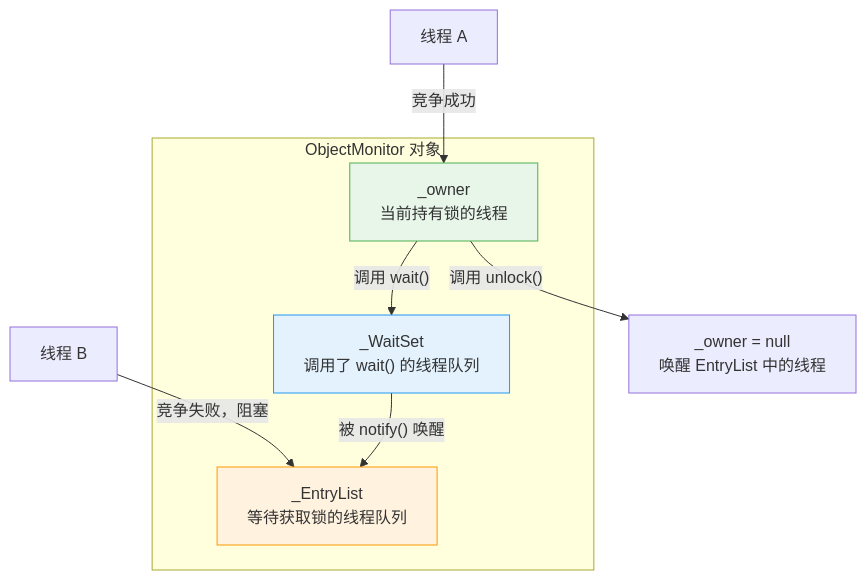
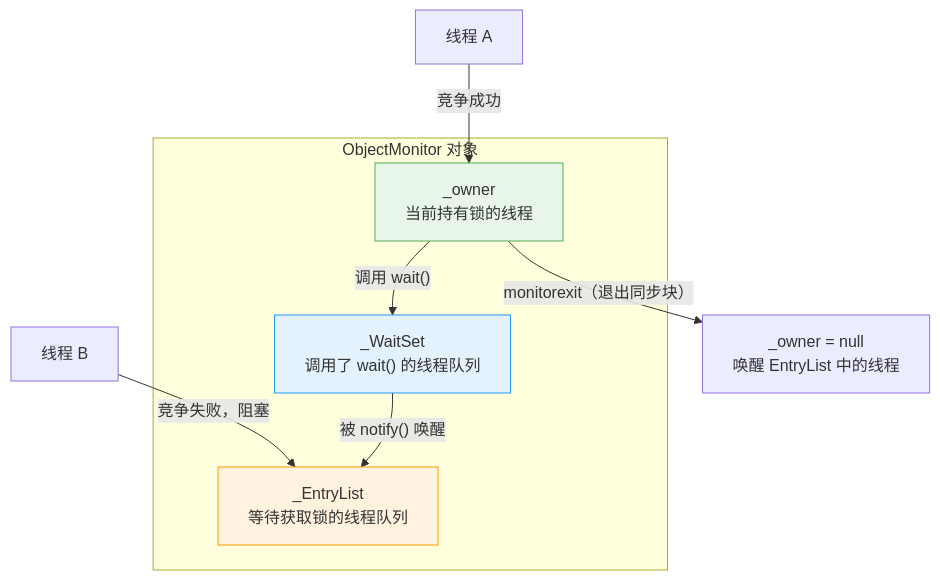
The fifth of 12 diagrams in Java基础/Java-Lock-Mechanism-Notes.md (AHUCodingBeast/blogs), drawn with Mermaid before and after one commit. The commit also changed other lines of this file and 7 other files, not shown here.

````diff
--- a/Java基础/Java-Lock-Mechanism-Notes.md
+++ b/Java基础/Java-Lock-Mechanism-Notes.md
@@ -122,18 +153,18 @@
 ```mermaid
 graph TB
     subgraph Monitor["ObjectMonitor 对象"]
         Owner["_owner<br/>当前持有锁的线程"]
         EntryList["_EntryList<br/>等待获取锁的线程队列"]
         WaitSet["_WaitSet<br/>调用了 wait() 的线程队列"]
     end
 
     T1["线程 A"] -->|"竞争成功"| Owner
     T2["线程 B"] -->|"竞争失败，阻塞"| EntryList
     Owner -->|"调用 wait()"| WaitSet
     WaitSet -->|"被 notify() 唤醒"| EntryList
-    Owner -->|"调用 unlock()"| Empty["_owner = null<br/>唤醒 EntryList 中的线程"]
+    Owner -->|"monitorexit（退出同步块）"| Empty["_owner = null<br/>唤醒 EntryList 中的线程"]
 
     style Owner fill:#e8f5e9,stroke:#4caf50
     style EntryList fill:#fff3e0,stroke:#ff9800
     style WaitSet fill:#e3f2fd,stroke:#2196f3
 ```
````
